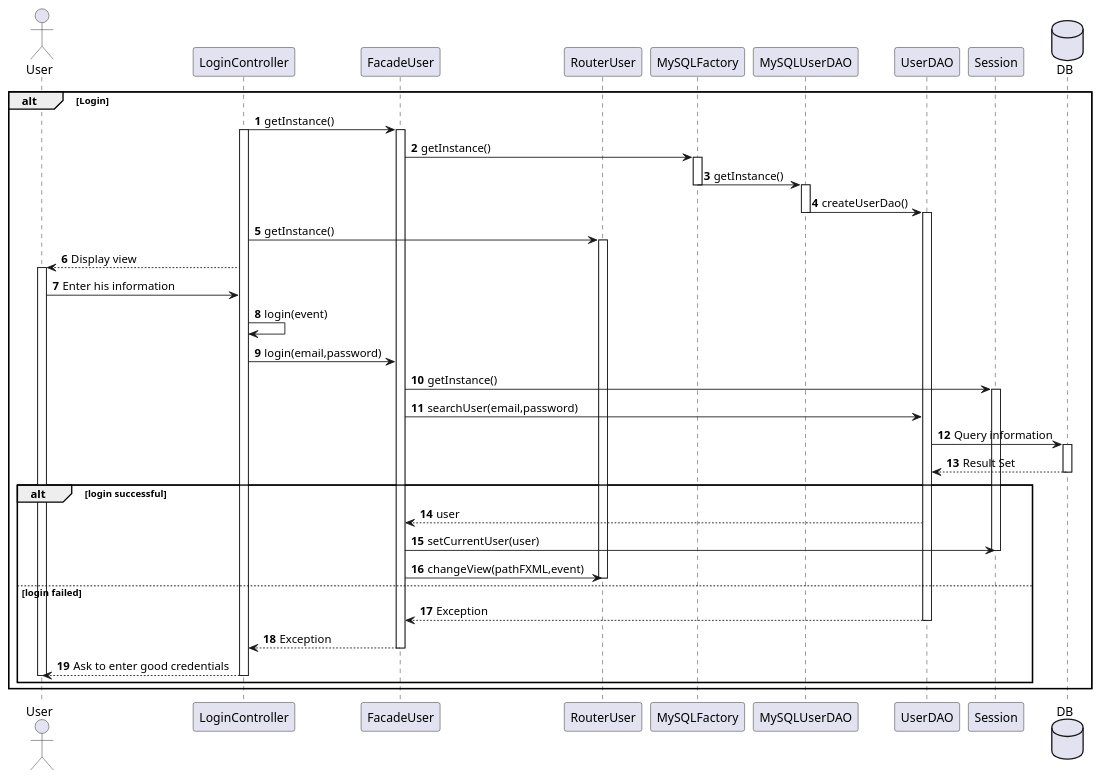
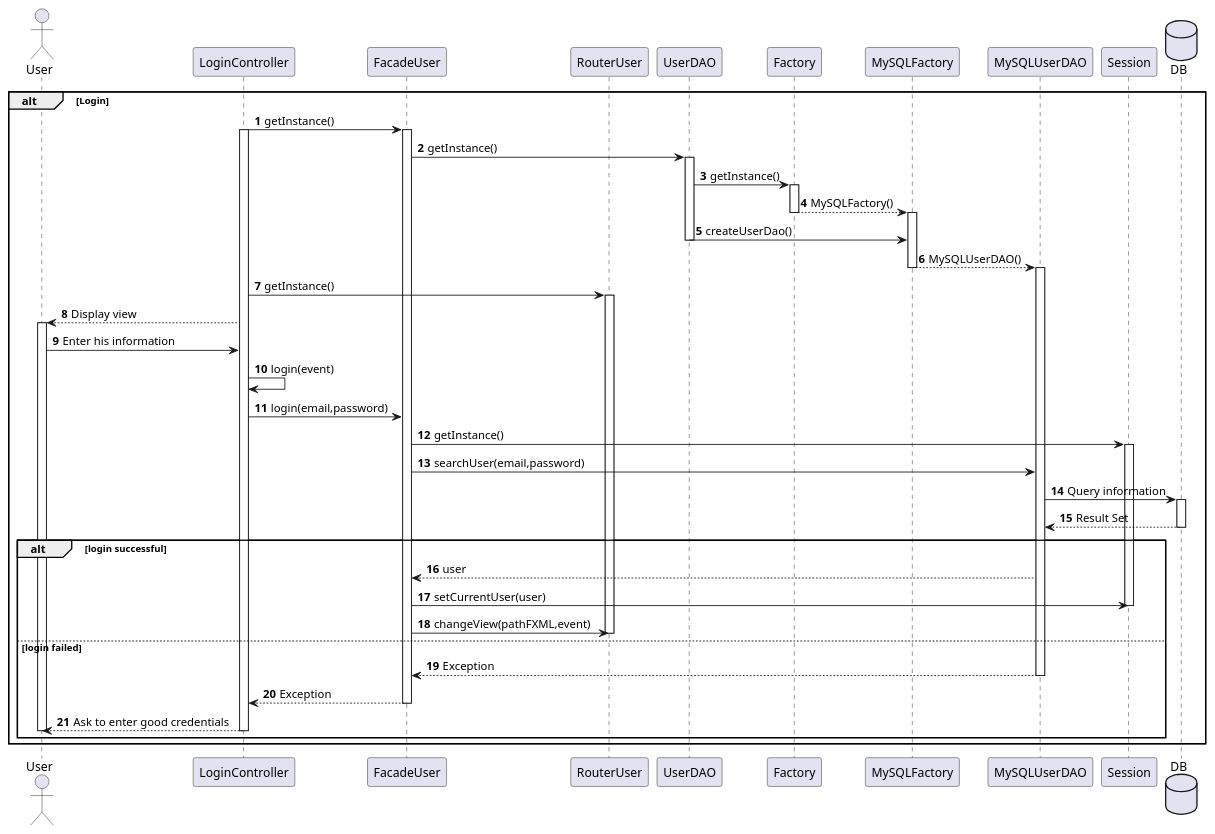
Before and after one commit to guiguie34/StudEasy: the diagram in project_diagrams/sequenceDiagrams/login.puml, drawn with PlantUML. The commit also changed 1 other file, not shown here.

```diff
--- a/project_diagrams/sequenceDiagrams/login.puml
+++ b/project_diagrams/sequenceDiagrams/login.puml
@@ -1,53 +1,61 @@
 @startuml
 
 actor User
 autonumber
 alt Login
 
 
     LoginController -> FacadeUser : getInstance()
     activate LoginController
     participant RouterUser
     activate FacadeUser
-    FacadeUser -> MySQLFactory : getInstance()
+    FacadeUser -> UserDAO : getInstance()
+    activate UserDAO
+    UserDAO -> Factory : getInstance()
+
+    activate Factory
+    Factory --> MySQLFactory : MySQLFactory()
+    deactivate Factory
     activate MySQLFactory
-    MySQLFactory -> MySQLUserDAO : getInstance()
+    UserDAO -> MySQLFactory : createUserDao()
+    deactivate UserDAO
+    MySQLFactory --> MySQLUserDAO : MySQLUserDAO()
     deactivate MySQLFactory
     activate MySQLUserDAO
-    MySQLUserDAO -> UserDAO : createUserDao()
     deactivate MySQLUserDAO
-    activate UserDAO
+
+
     LoginController -> RouterUser : getInstance()
     activate RouterUser
     LoginController --> User : Display view
     activate User
     User -> LoginController : Enter his information
     LoginController -> LoginController : login(event)
     participant Session
     LoginController-> FacadeUser : login(email,password)
 
     FacadeUser -> Session : getInstance()
     activate Session
-    FacadeUser -> UserDAO : searchUser(email,password)
+    FacadeUser -> MySQLUserDAO : searchUser(email,password)
     database DB
-    UserDAO -> DB : Query information
+    MySQLUserDAO -> DB : Query information
     activate DB
-    DB --> UserDAO : Result Set
+    DB --> MySQLUserDAO : Result Set
     deactivate DB
   alt login successful
-    UserDAO --> FacadeUser : user
+    MySQLUserDAO --> FacadeUser : user
     FacadeUser -> Session : setCurrentUser(user)
     deactivate Session
     FacadeUser -> RouterUser : changeView(pathFXML,event)
     deactivate RouterUser
   else login failed
-    UserDAO --> FacadeUser : Exception
-    deactivate UserDAO
+    MySQLUserDAO --> FacadeUser : Exception
+    deactivate MySQLUserDAO
     FacadeUser --> LoginController : Exception
     deactivate FacadeUser
     LoginController --> User : Ask to enter good credentials
     deactivate LoginController
     deactivate User
 end
 end
 @enduml
```
